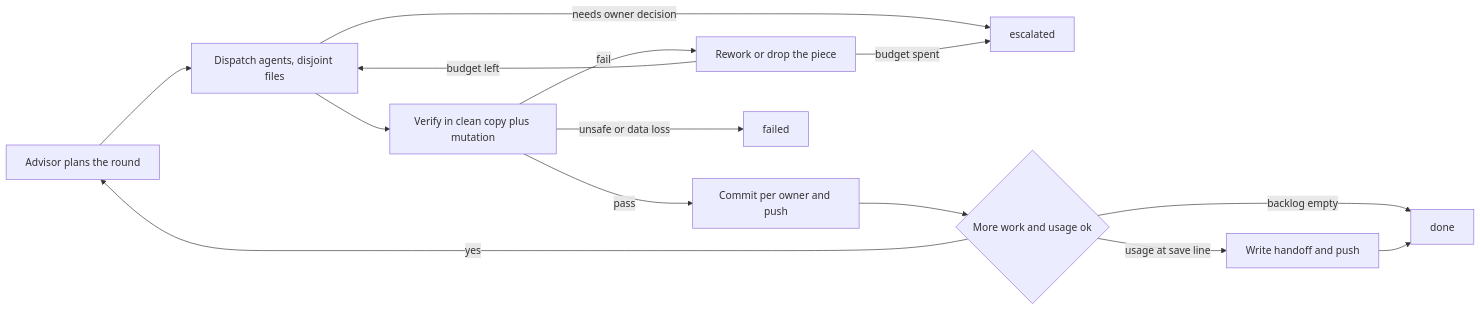
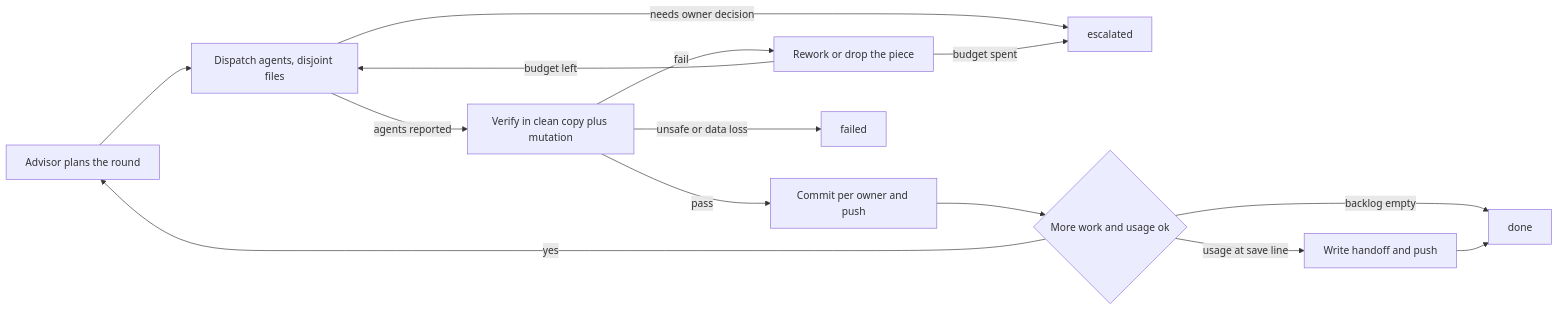
One commit to DimitarAtanasov/heroes-mobile changed the diagram in docs/loops/agent-round.md. Above: the diagram before and after it, drawn with Mermaid. The commit also changed 11 other files, not shown here.

First line of the commit message:
Loop evaluator and loop agents: deterministic tools/skills/loop_eval.py (graph criteria S1-S4, run criteria R1-R8) with 21 tests and mutation checks; loop-advisor (opus), loop-producer (opus) and loop-runner (haiku) role files; agent-round loop fixed (labeled branch) and given an example run trace

````diff
--- a/docs/loops/agent-round.md
+++ b/docs/loops/agent-round.md
@@ -52,16 +52,16 @@
 ```mermaid
 flowchart LR
     advise[Advisor plans the round] --> dispatch[Dispatch agents, disjoint files]
     dispatch -->|needs owner decision| escalated
-    dispatch --> verify[Verify in clean copy plus mutation]
+    dispatch -->|agents reported| verify[Verify in clean copy plus mutation]
     verify -->|pass| commit[Commit per owner and push]
     verify -->|fail| rework[Rework or drop the piece]
     verify -->|unsafe or data loss| failed
     rework -->|budget left| dispatch
     rework -->|budget spent| escalated
     commit --> more{More work and usage ok}
     more -->|yes| advise
     more -->|backlog empty| done
     more -->|usage at save line| save[Write handoff and push]
     save --> done
 ```
````
